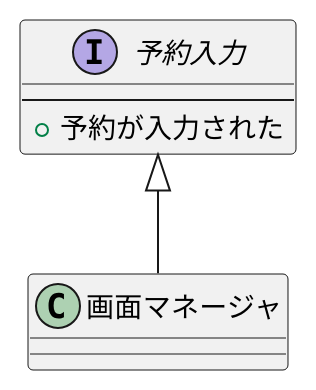
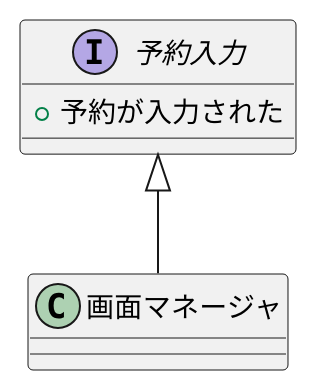
The diagram in 例題3-1_予約入力インターフェース.pu (hosoya0503/uml-intro), drawn with PlantUML before and after one commit.

Commit message:
あ

```diff
--- a/例題3-1_予約入力インターフェース.pu
+++ b/例題3-1_予約入力インターフェース.pu
@@ -1,9 +1,8 @@
 @startuml 例題3-1_予約入力インターフェース
 interface 予約入力{
----
 + 予約が入力された
 }
 class 画面マネージャ{
 }
 予約入力 <|-- 画面マネージャ
 @enduml
```
